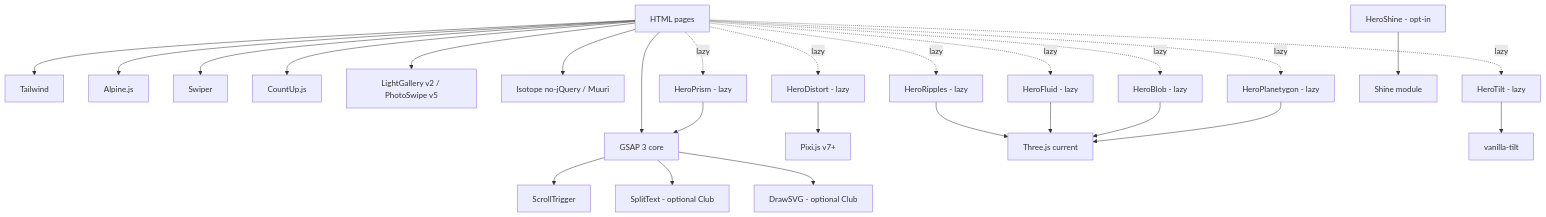
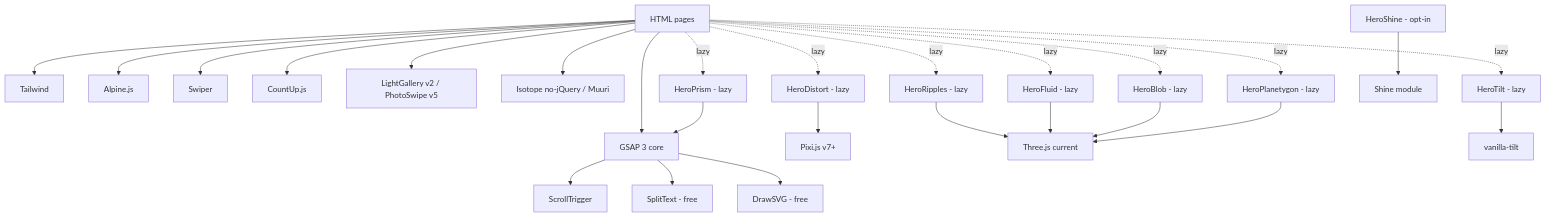
Before and after one commit to eqaderi/infinito: the diagram in ANIMATION_AUDIT.md, drawn with Mermaid. The commit also changed other lines of this file and 11 other files, not shown here.

````diff
--- a/ANIMATION_AUDIT.md
+++ b/ANIMATION_AUDIT.md
@@ -607,31 +607,31 @@
 ```mermaid
 graph TD
     Pages[HTML pages]
     Pages --> Tailwind
     Pages --> Alpine[Alpine.js]
     Pages --> GSAP[GSAP 3 core]
     GSAP --> ScrollTrigger
-    GSAP --> SplitText[SplitText - optional Club]
-    GSAP --> DrawSVG[DrawSVG - optional Club]
+    GSAP --> SplitText[SplitText - free]
+    GSAP --> DrawSVG[DrawSVG - free]
     Pages --> Swiper
     Pages --> CountUp[CountUp.js]
     Pages --> Lightbox[LightGallery v2 / PhotoSwipe v5]
     Pages --> Isotope[Isotope no-jQuery / Muuri]
 
     HeroDistort[HeroDistort - lazy] --> Pixi[Pixi.js v7+]
     HeroRipples[HeroRipples - lazy] --> Three[Three.js current]
     HeroFluid[HeroFluid - lazy] --> Three
     HeroBlob[HeroBlob - lazy] --> Three
     HeroPlanetygon[HeroPlanetygon - lazy] --> Three
     HeroTilt[HeroTilt - lazy] --> VTilt[vanilla-tilt]
     HeroPrism[HeroPrism - lazy] --> GSAP
     HeroShine[HeroShine - opt-in] --> ShineModule[Shine module]
 
     Pages -. lazy .-> HeroDistort
     Pages -. lazy .-> HeroRipples
     Pages -. lazy .-> HeroFluid
     Pages -. lazy .-> HeroBlob
     Pages -. lazy .-> HeroPlanetygon
     Pages -. lazy .-> HeroTilt
     Pages -. lazy .-> HeroPrism
 ```
````
